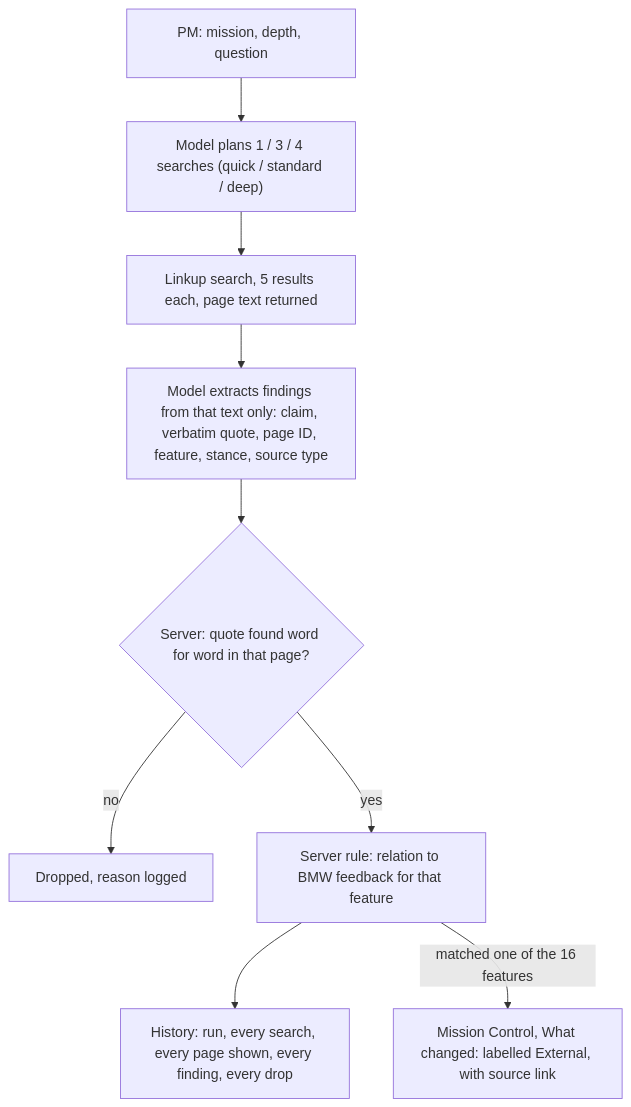
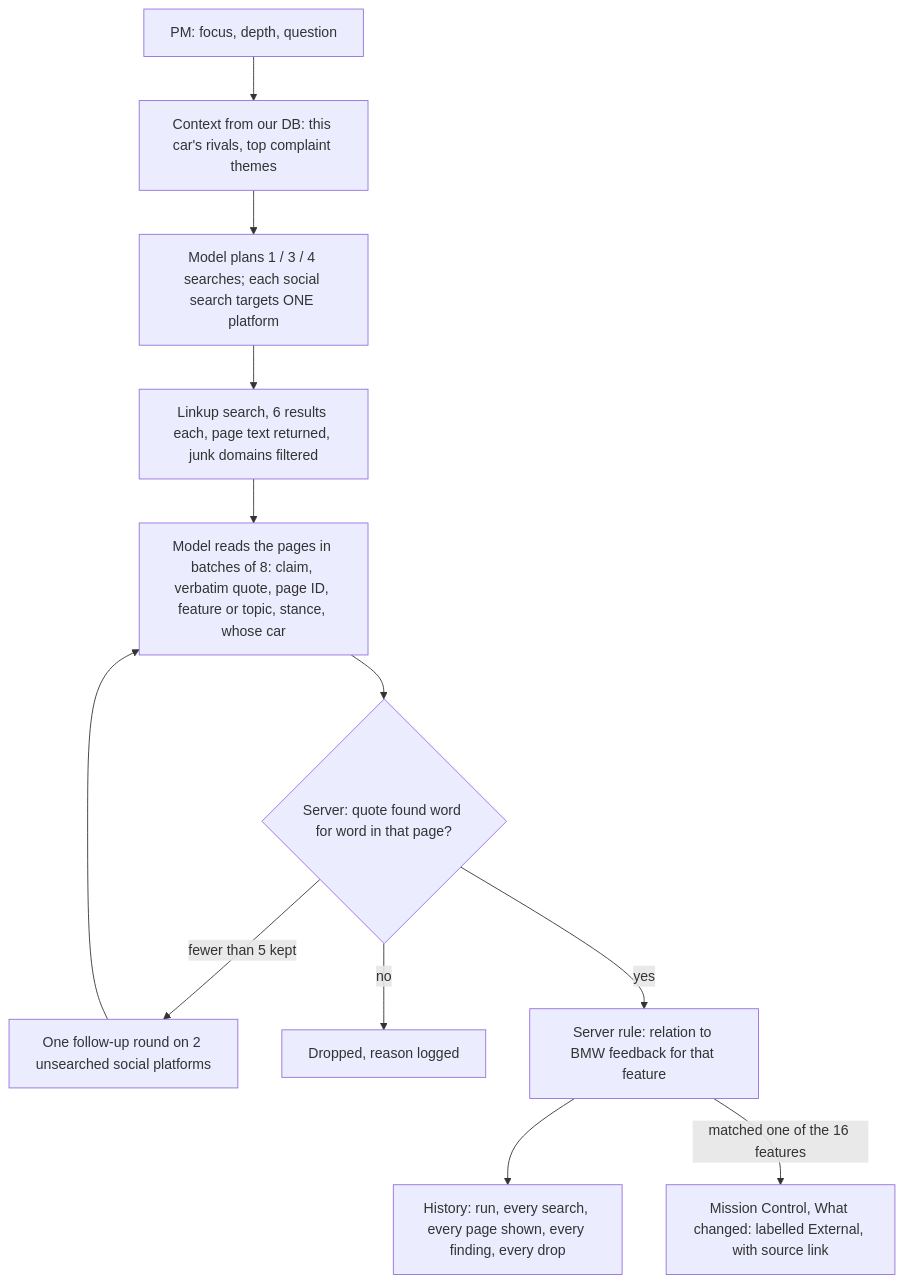
Before and after one commit to abhinxx/bmw-backseat: the fifth of 5 diagrams in ARCHITECTURE.md, drawn with Mermaid. The commit also changed other lines of this file and 5 other files, not shown here.

Commit message:
Research v4: planner gets rivals + BMW complaint themes, one platform per social search, mixed sources always, pages read in batches, follow-up round under 5 findings, topic label, junk-domain filter, Focus instead of Mission

````diff
--- a/ARCHITECTURE.md
+++ b/ARCHITECTURE.md
@@ -136,11 +136,14 @@
 ```mermaid
 flowchart TB
-  PM["PM: mission, depth, question"] --> P["Model plans 1 / 3 / 4 searches (quick / standard / deep)"]
-  P --> S["Linkup search, 5 results each, page text returned"]
-  S --> X["Model extracts findings from that text only: claim, verbatim quote, page ID, feature, stance, source type"]
+  PM["PM: focus, depth, question"] --> C["Context from our DB: this car's rivals, top complaint themes"]
+  C --> P["Model plans 1 / 3 / 4 searches; each social search targets ONE platform"]
+  P --> S["Linkup search, 6 results each, page text returned, junk domains filtered"]
+  S --> X["Model reads the pages in batches of 8: claim, verbatim quote, page ID, feature or topic, stance, whose car"]
   X --> V{"Server: quote found word for word in that page?"}
+  V -- "fewer than 5 kept" --> F["One follow-up round on 2 unsearched social platforms"]
+  F --> X
   V -- "no" --> D["Dropped, reason logged"]
   V -- "yes" --> R["Server rule: relation to BMW feedback for that feature"]
   R --> H["History: run, every search, every page shown, every finding, every drop"]
   R -- "matched one of the 16 features" --> M["Mission Control, What changed: labelled External, with source link"]
 ```
````
